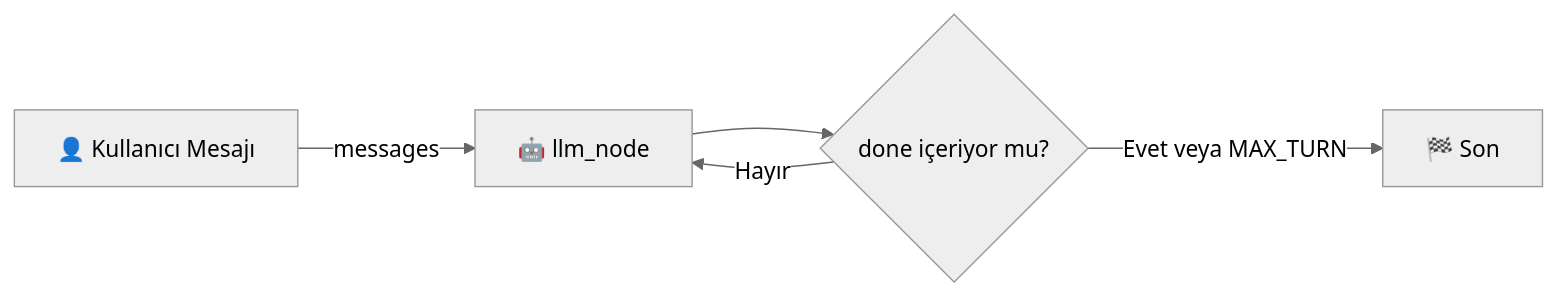
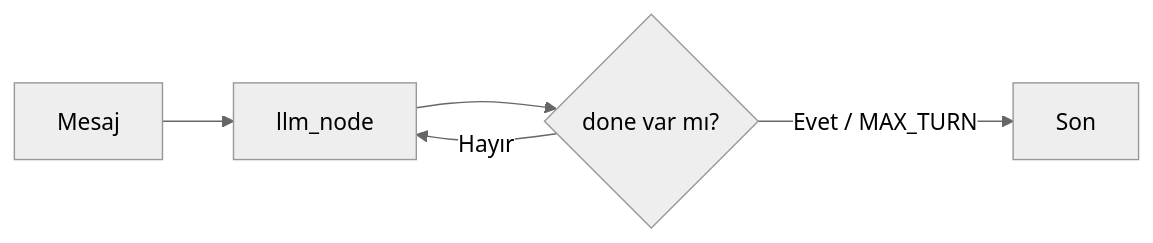
The first of 4 diagrams in README.md (emredeveloper/Agents-Notebooks), drawn with Mermaid (neutral theme) before and after one commit. The commit also changed other lines of this file, not shown here.

````diff
--- a/README.md
+++ b/README.md
@@ -11,7 +11,7 @@
 ```mermaid
 flowchart LR
-	U[👤 Kullanıcı Mesajı] --> |messages| LLM[🤖 llm_node]
-	LLM --> C{"done" içeriyor mu?}
+	U[Mesaj] --> LLM[llm_node]
+	LLM --> C{done var mı?}
 	C -- Hayır --> LLM
-	C -- Evet veya MAX_TURN --> E[🏁 Son]
+	C -- Evet / MAX_TURN --> E[Son]
 ```
````
